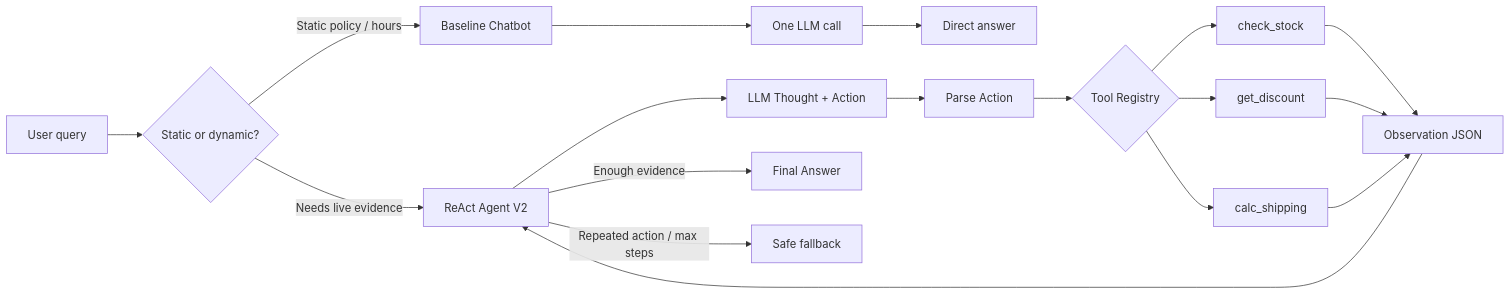
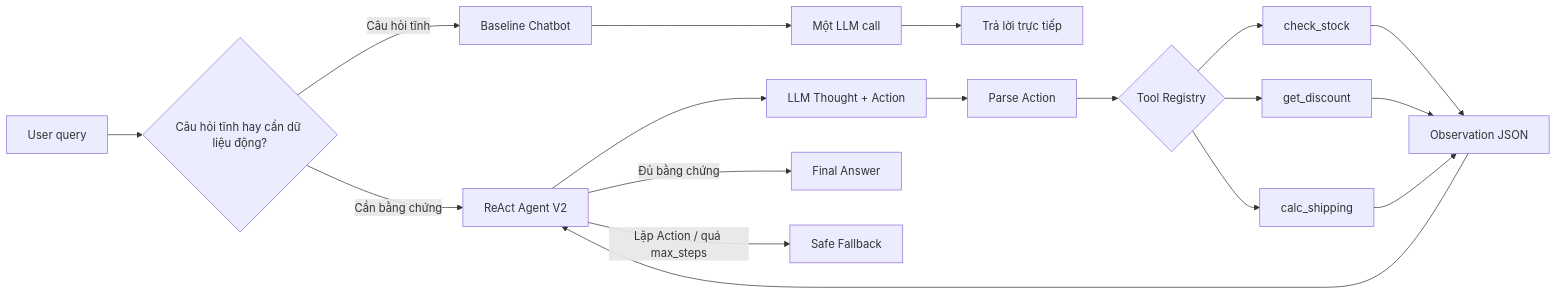
One commit to duckymoimoi/K3_DAY03_2A202601931_NguyenChiHieu changed the diagram in docs/hybrid_flowchart.mmd. Above: the diagram before and after it, drawn with Mermaid. The commit also changed 10 other files, not shown here.

```diff
--- a/docs/hybrid_flowchart.mmd
+++ b/docs/hybrid_flowchart.mmd
@@ -1,18 +1,18 @@
 flowchart LR
-    U[User query] --> B{Static or dynamic?}
-    B -->|Static policy / hours| C[Baseline Chatbot]
-    C --> LLM[One LLM call]
-    LLM --> A1[Direct answer]
-    B -->|Needs live evidence| R[ReAct Agent V2]
+    U[User query] --> B{Câu hỏi tĩnh hay cần dữ liệu động?}
+    B -->|Câu hỏi tĩnh| C[Baseline Chatbot]
+    C --> LLM[Một LLM call]
+    LLM --> A1[Trả lời trực tiếp]
+    B -->|Cần bằng chứng| R[ReAct Agent V2]
     R --> P[LLM Thought + Action]
     P --> X[Parse Action]
     X --> T{Tool Registry}
     T --> CS[check_stock]
     T --> GD[get_discount]
     T --> SH[calc_shipping]
     CS --> O[Observation JSON]
     GD --> O
     SH --> O
     O --> R
-    R -->|Enough evidence| FA[Final Answer]
-    R -->|Repeated action / max steps| SF[Safe fallback]
+    R -->|Đủ bằng chứng| FA[Final Answer]
+    R -->|Lặp Action / quá max_steps| SF[Safe Fallback]
```
